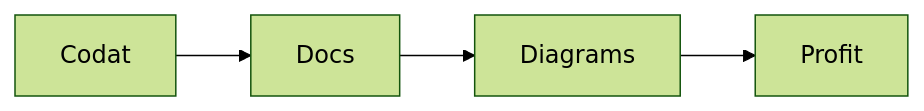
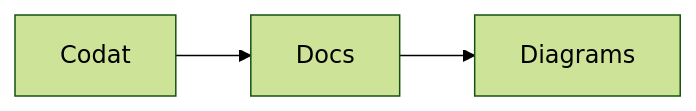
One commit to codatio/codat-diagrams changed the diagram in README.md. Above: the diagram before and after it, drawn with Mermaid (forest theme).

````diff
--- a/README.md
+++ b/README.md
@@ -3,7 +3,6 @@
 ```mermaid
 
   flowchart LR
     Codat --> Docs
     Docs --> Diagrams
-    Diagrams --> Profit
 ```
````
